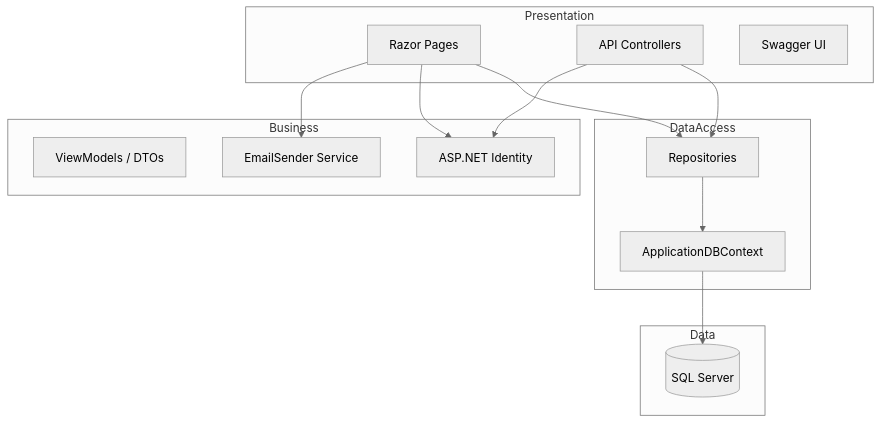
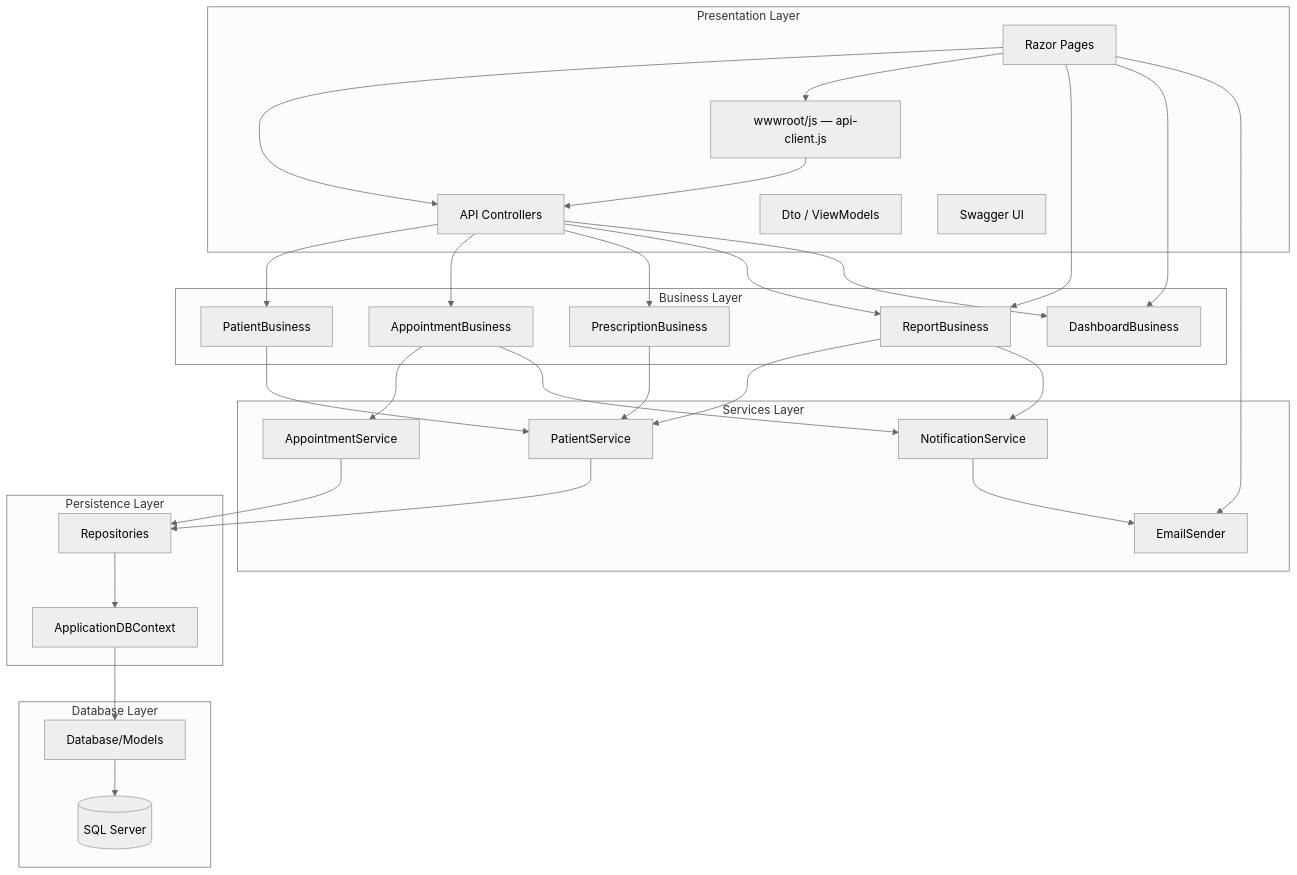
One commit to AManWhoCantCoding/Do_An_SA changed the third of 5 diagrams in docs/SA_REPORT.md. Above: the diagram before and after it, drawn with Mermaid (neutral theme). The commit also changed other lines of this file and 13 other files, not shown here.

````diff
--- a/docs/SA_REPORT.md
+++ b/docs/SA_REPORT.md
@@ -161,28 +163,49 @@
 ```mermaid
 flowchart TB
-    subgraph Presentation
+    subgraph Presentation["Presentation Layer"]
         RP[Razor Pages]
         API[API Controllers]
+        DTO[Dto / ViewModels]
+        JS[wwwroot/js — api-client.js]
         SW[Swagger UI]
     end
-    subgraph Business
-        VM[ViewModels / DTOs]
-        SVC[EmailSender Service]
-        ID[ASP.NET Identity]
+    subgraph Business["Business Layer"]
+        PB[PatientBusiness]
+        AB[AppointmentBusiness]
+        RXB[PrescriptionBusiness]
+        RB[ReportBusiness]
+        DBB[DashboardBusiness]
     end
-    subgraph DataAccess
+    subgraph Services["Services Layer"]
+        PS[PatientService]
+        AS[AppointmentService]
+        NS[NotificationService]
+        ES[EmailSender]
+    end
+    subgraph Persistence["Persistence Layer"]
         REPO[Repositories]
         CTX[ApplicationDBContext]
     end
-    subgraph Data
+    subgraph Database["Database Layer"]
         SQL[(SQL Server)]
+        ENT[Database/Models]
     end
 
-    RP --> REPO
-    API --> REPO
-    RP --> ID
-    API --> ID
-    RP --> SVC
+    RP --> API
+    RP --> JS
+    JS --> API
+    API --> PB & AB & RXB & RB & DBB
+    RP --> RB & DBB
+    PB --> PS
+    AB --> AS
+    RXB --> PS
+    RB --> PS
+    PS & AS --> REPO
     REPO --> CTX
-    CTX --> SQL
+    CTX --> ENT
+    ENT --> SQL
+    RP --> ES
+    AB --> NS
+    RB --> NS
+    NS --> ES
 ```
````
